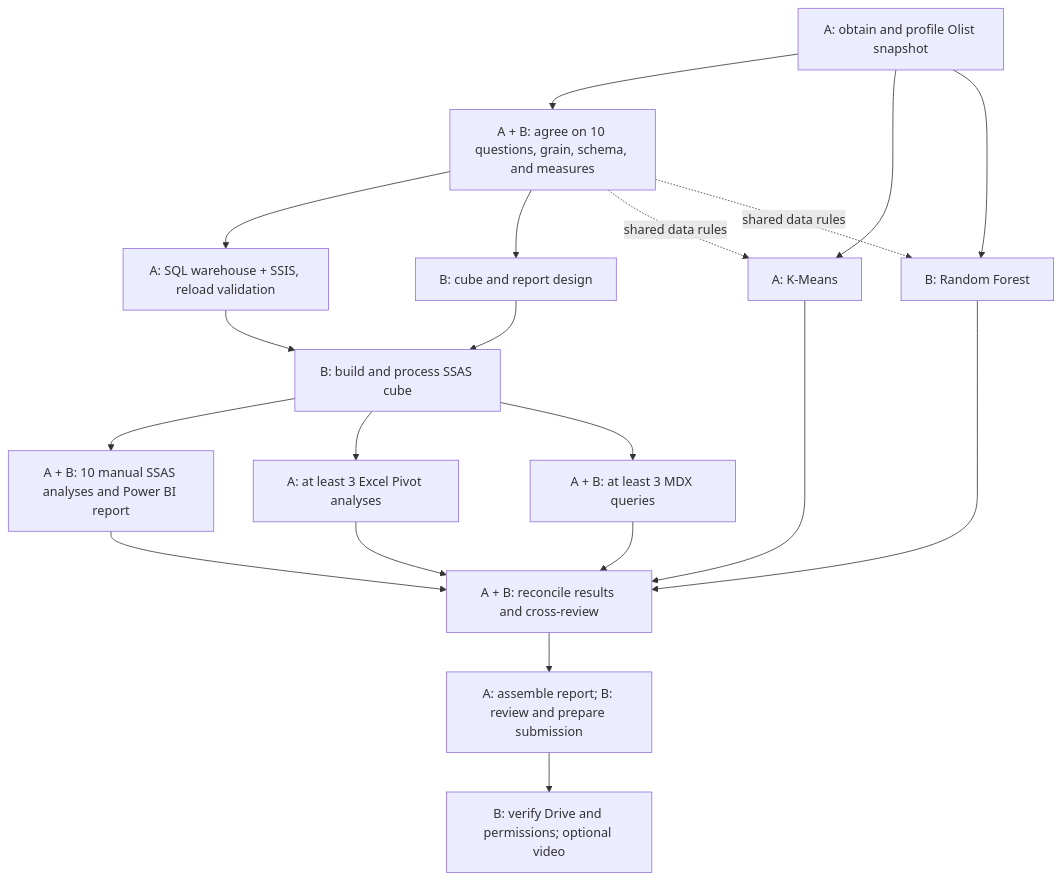
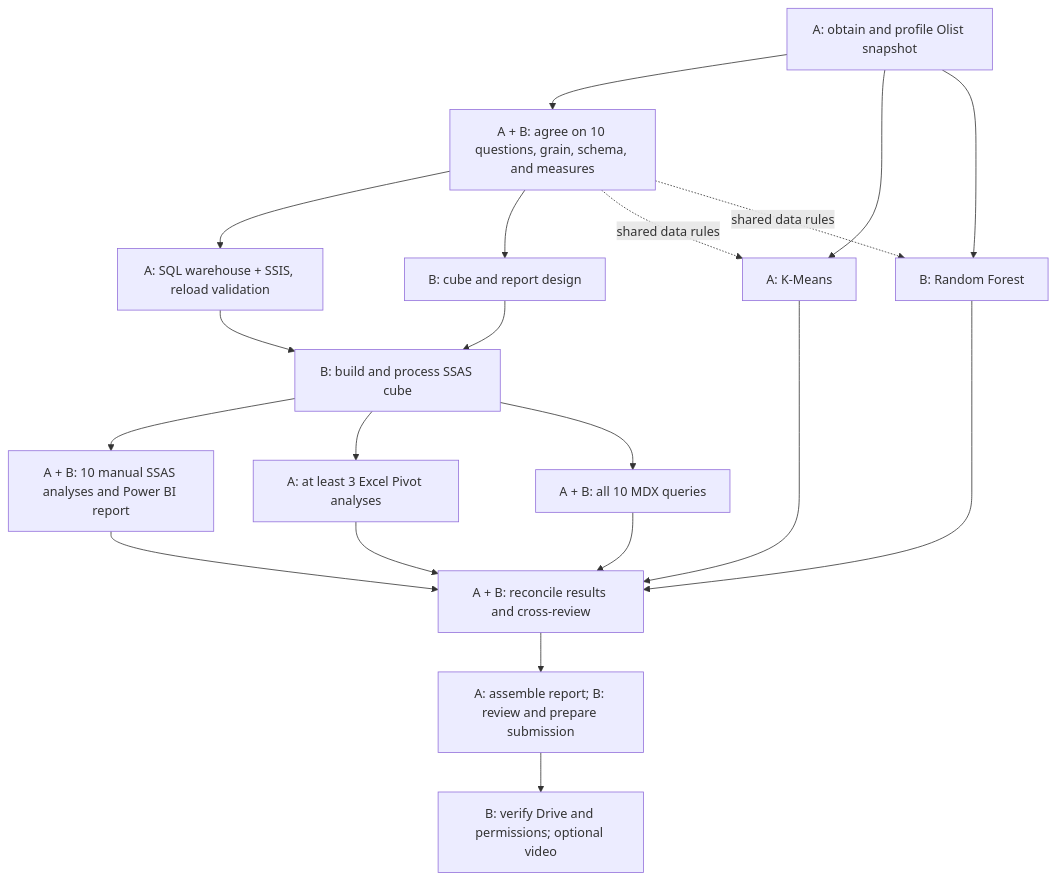
One commit to shinjo124/BI-DSS-Olist changed the diagram in PROJECT_PLAN.md. Above: the diagram before and after it, drawn with Mermaid. The commit also changed other lines of this file and 2 other files, not shown here.

Commit message:
docs: update project risks and MDX plan

````diff
--- a/PROJECT_PLAN.md
+++ b/PROJECT_PLAN.md
@@ -7,22 +7,22 @@
 ```mermaid
 flowchart TD
     D["A: obtain and profile Olist snapshot"] --> S["A + B: agree on 10 questions, grain, schema, and measures"]
     S --> E["A: SQL warehouse + SSIS, reload validation"]
     S --> P["B: cube and report design"]
     E --> C["B: build and process SSAS cube"]
     P --> C
     C --> V["A + B: 10 manual SSAS analyses and Power BI report"]
     C --> X["A: at least 3 Excel Pivot analyses"]
-    C --> M["A + B: at least 3 MDX queries"]
+    C --> M["A + B: all 10 MDX queries"]
     D --> K["A: K-Means"]
     D --> R["B: Random Forest"]
     S -. "shared data rules" .-> K
     S -. "shared data rules" .-> R
     V --> Q["A + B: reconcile results and cross-review"]
     X --> Q
     M --> Q
     K --> Q
     R --> Q
     Q --> N["A: assemble report; B: review and prepare submission"]
     N --> Z["B: verify Drive and permissions; optional video"]
 ```
````
